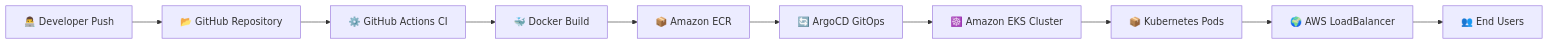
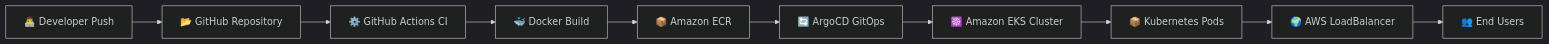
One commit to zakyaakram/CloudDevOpsProject changed the first of 3 diagrams in README.md. Above: the diagram before and after it, drawn with Mermaid. The commit also changed other lines of this file, not shown here.

````diff
--- a/README.md
+++ b/README.md
@@ -82,21 +90,22 @@
 ```mermaid
+%%{init: {'theme':'dark'}}%%
 flowchart LR
 
 A[👨‍💻 Developer Push] --> B[📂 GitHub Repository]
 
 B --> C[⚙️ GitHub Actions CI]
 
 C --> D[🐳 Docker Build]
 
 D --> E[📦 Amazon ECR]
 
 E --> F[🔄 ArgoCD GitOps]
 
 F --> G[☸️ Amazon EKS Cluster]
 
 G --> H[📦 Kubernetes Pods]
 
 H --> I[🌍 AWS LoadBalancer]
 
 I --> J[👥 End Users]
 ```
````
